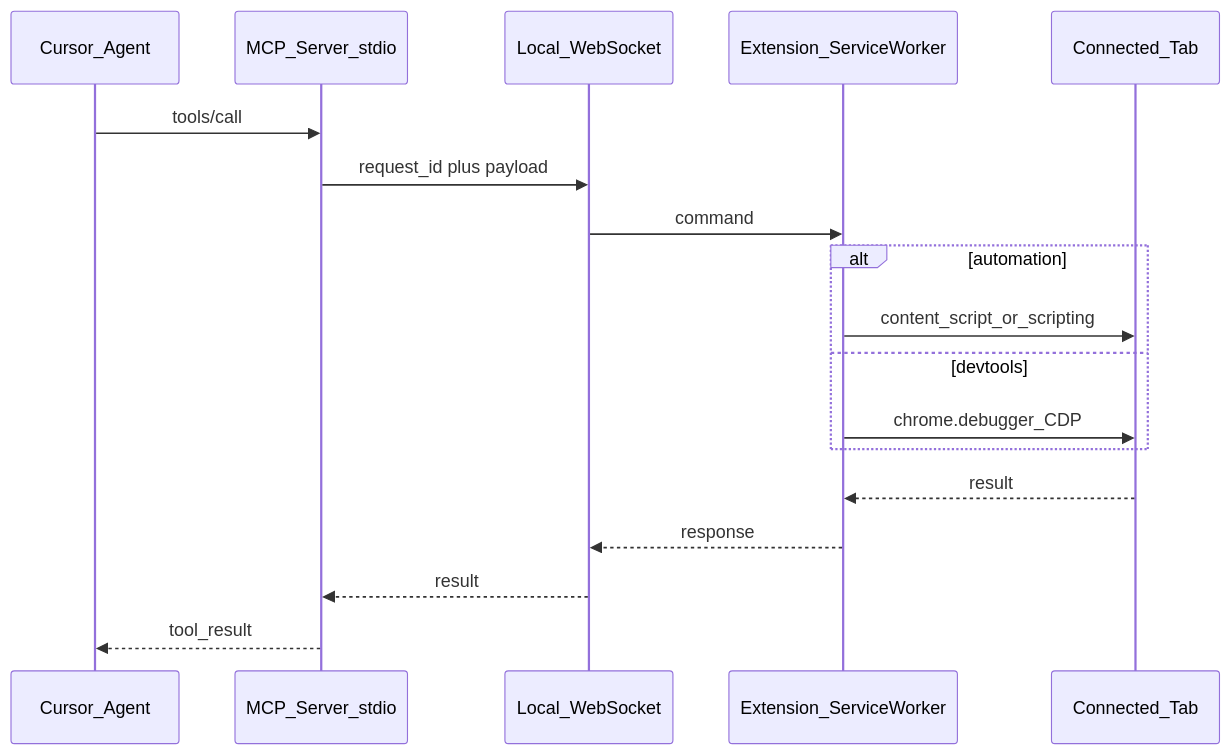
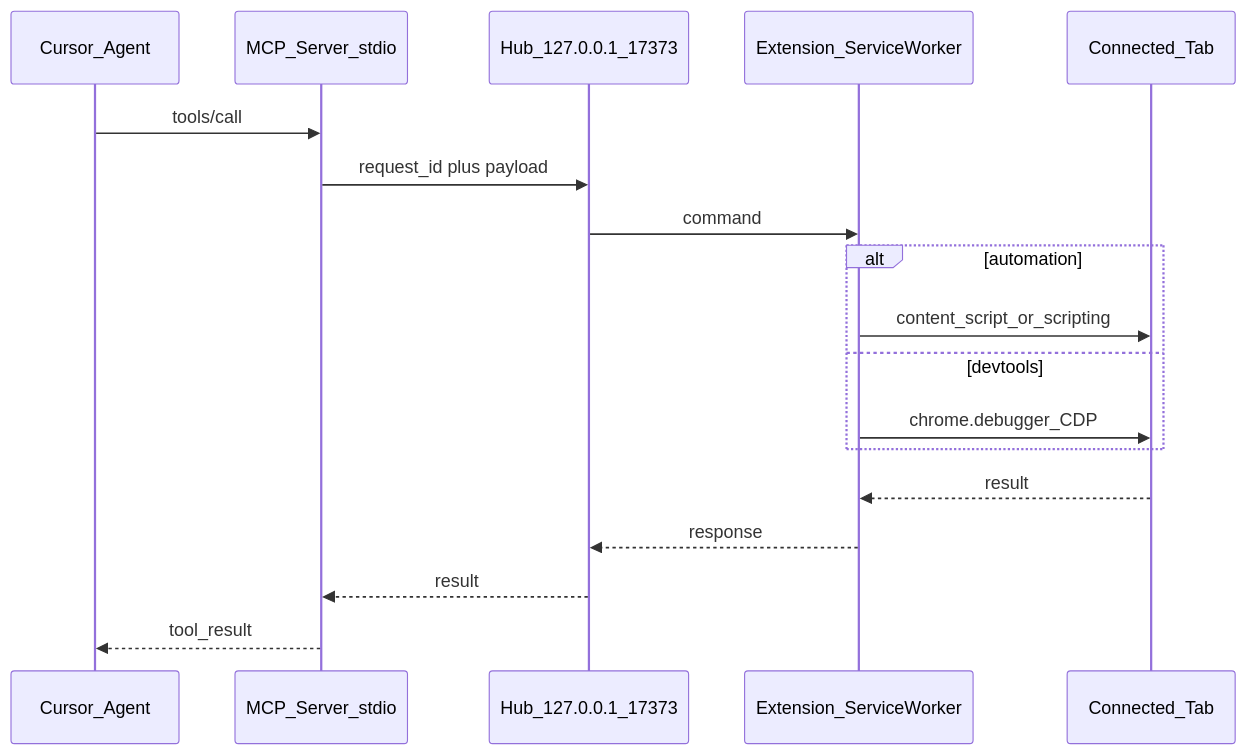
One commit to Wadjinny/browser-mcp changed the diagram in SPEC.md. Above: the diagram before and after it, drawn with Mermaid. The commit also changed other lines of this file and 26 other files, not shown here.

First line of the commit message:
Replace the port range with one local hub, and let agents update the extension

````diff
--- a/SPEC.md
+++ b/SPEC.md
@@ -54,21 +54,21 @@
 ```mermaid
 sequenceDiagram
   participant Agent as Cursor_Agent
   participant MCP as MCP_Server_stdio
-  participant WS as Local_WebSocket
+  participant WS as Hub_127.0.0.1_17373
   participant SW as Extension_ServiceWorker
   participant Tab as Connected_Tab
 
   Agent->>MCP: tools/call
   MCP->>WS: request_id plus payload
   WS->>SW: command
   alt automation
     SW->>Tab: content_script_or_scripting
   else devtools
     SW->>Tab: chrome.debugger_CDP
   end
   Tab-->>SW: result
   SW-->>WS: response
   WS-->>MCP: result
   MCP-->>Agent: tool_result
 ```
````
